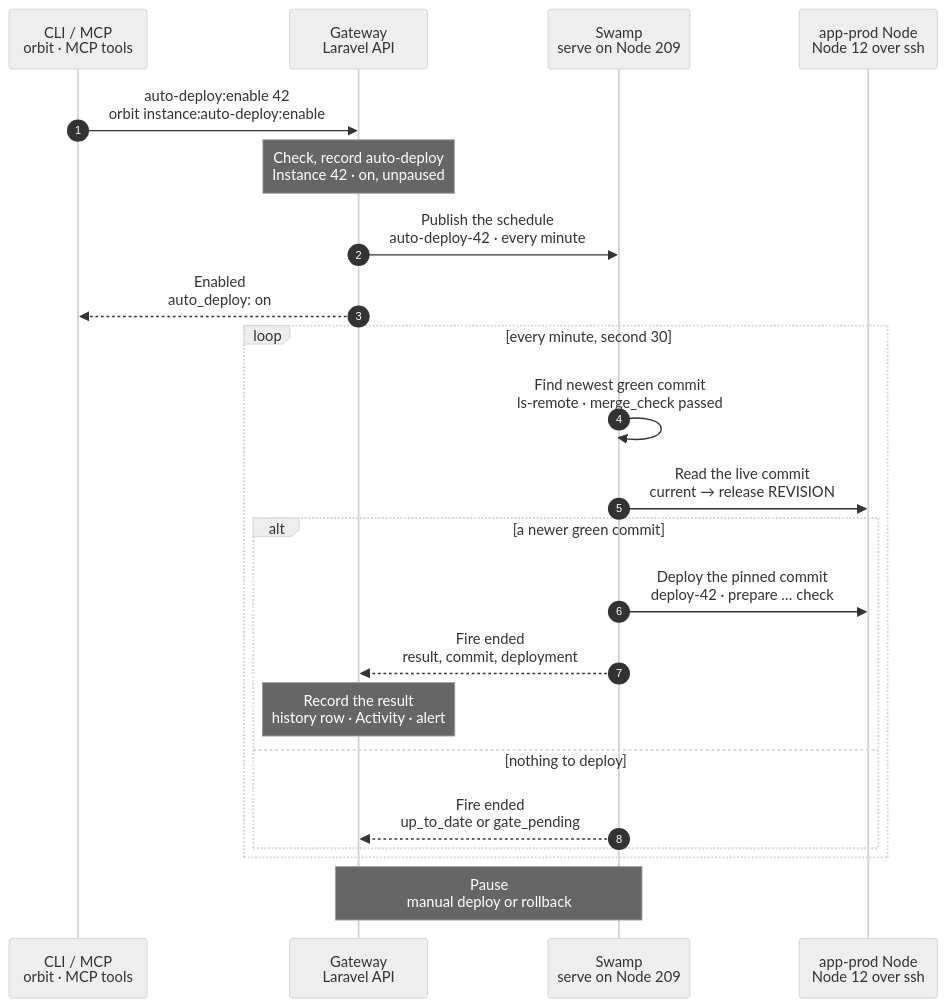
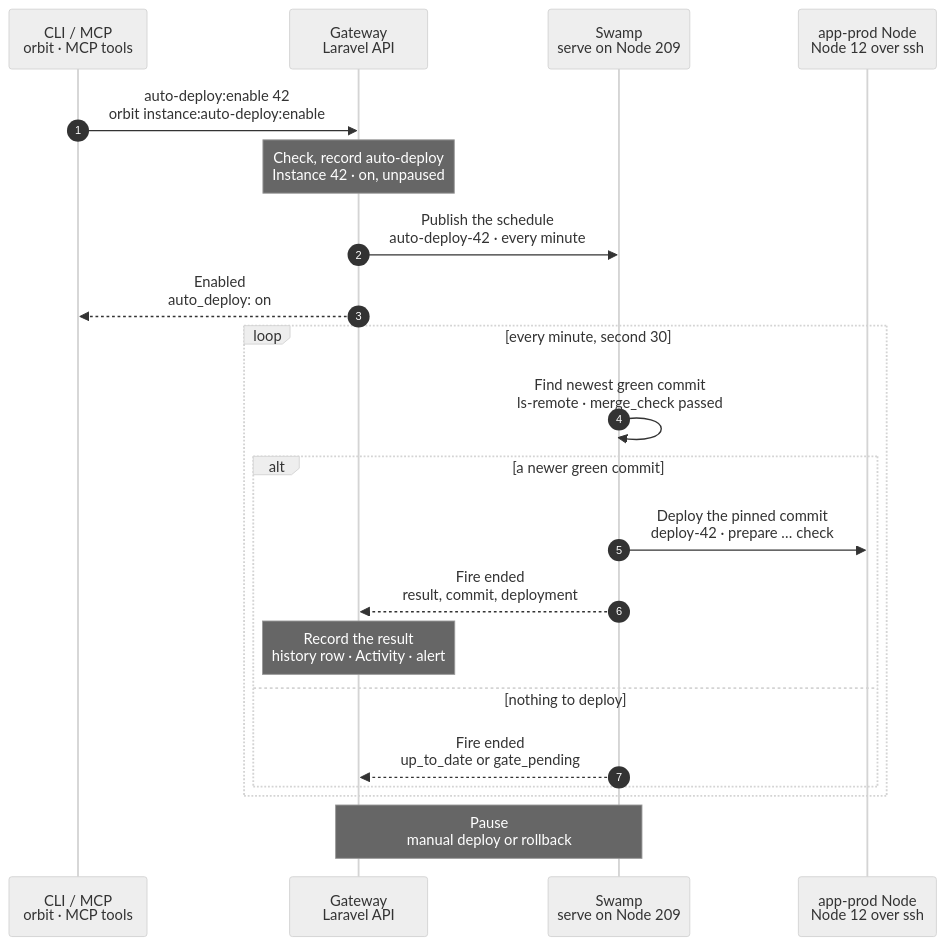
One commit to hardimpactdev/orbit changed the diagram in docs/cli/instance/auto-deploy.mmd. Above: the diagram before and after it, drawn with Mermaid (neutral theme). The commit also changed 1 other file, not shown here.

Commit message:
docs(cli): tighten2 charts without a wave (instance.auto_deploy, gateway.swamp_load)

```diff
--- a/docs/cli/instance/auto-deploy.mmd
+++ b/docs/cli/instance/auto-deploy.mmd
@@ -1,86 +1,86 @@
 sequenceDiagram
   %% Target design: DECISIONS 3 (automatic deploy = Gateway-published native schedule, no POST back), R1-R2, ADR 0244, behavior names by target. Replaces instance.policy_event. docs/reference/deployments.md#automatic-deployments.
+  %% Tightened: flow-tighten 2026-11-02, rules 3, 5 (no per-minute Node read: the schedule inputs carry the deployed commit, and the Gateway republishes them on each deploy).
   %% status: reviewed
   %% command: instance:auto-deploy:enable · Automatic deploys
   %% kind: instance.auto_deploy
   autonumber
   %% lane CLI icon=terminal pill=caller tone=gray
   %% lane GW icon=gateway pill=intent tone=blue
   %% lane SW icon=workflow pill=executes tone=green
   %% lane N icon=server pill=target tone=amber
   participant CLI as CLI / MCP<br/>orbit · MCP tools
   participant GW as Gateway<br/>Laravel API
   participant SW as Swamp<br/>serve on Node 209
   participant N as app-prod Node<br/>Node 12 over ssh
   CLI->>GW: auto-deploy:enable 42<br/>orbit instance:auto-deploy:enable
   %%> Command:
   %%> - `orbit instance:auto-deploy:enable 42`
   %%> - syntax: `<instance>`; `instance:auto-deploy:disable <instance>` turns it off
   %%> What it does:
   %%> - turns automatic deployment on for production Instance 42
   %%> - also resumes an Instance that a manual deploy or rollback paused
   %%> Not included:
   %%> - deploys nothing now and changes nothing on the Node
   %%> Typical use:
   %%> - a production Instance follows `main`: merge a PR, CI turns green, the next fire deploys it
   Note over GW: Check, record auto-deploy<br/>Instance 42 · on, unpaused
   %%> Requirements:
   %%> - your Node has an access grant to Node 12
   %%> - Instance 42 is an active production Instance and has one succeeded deployment
   %%> - when the Project has a `merge_check`, the GitHub App can read its check runs
   %%> Result:
   %%> - auto-deploy recorded as on and unpaused
   GW->>SW: Publish the schedule<br/>auto-deploy-42 · every minute
   %%> What it does:
   %%> - publishes one native Swamp schedule for Instance 42
   %%> Inputs:
   %%> - branch, `merge_check`, blocked commits, retry times
+  %%> - the deployed commit; the Gateway republishes the inputs after each deploy or rollback
   %%> - vault key names for the read token; the Gateway keeps the token fresh in the vault
   %%> Why:
   %%> - the run has everything it needs; it never calls the Gateway
   GW-->>CLI: Enabled<br/>auto_deploy: on
   %%> What you get:
   %%> - the Instance with auto-deploy on, at once
   %%> - no task: publishing the schedule is part of the command
   loop every minute, second 30
     SW->>SW: Find newest green commit<br/>ls-remote · merge_check passed
     %%> What it does:
     %%> - reads the branch head with `git ls-remote`
     %%> - walks first-parent history to the newest commit whose `merge_check` passed
     %%> - skips blocked commits and commits whose retry isn't due
     %%> Not included:
     %%> - never deploys a red or pending commit
-    SW->>N: Read the live commit<br/>current → release REVISION
-    %%> What it does:
-    %%> - reads which commit Instance 42 runs now, from the Node itself
+    %%> - compares with the deployed commit from the inputs; no SSH to the production Node each minute
     alt a newer green commit
       SW->>N: Deploy the pinned commit<br/>deploy-42 · prepare … check
       %%> What it does:
       %%> - the same steps as `instance:deploy`, pinned to the commit
       %%> - behavior `deploy-42`: one lock per Instance, so a manual deploy and a fire never overlap
       SW-->>GW: Fire ended<br/>result, commit, deployment
       %%> Returns:
       %%> - the result (`started`, `failed`, `gate_failed`, …), the commit and the deployment outputs
       Note over GW: Record the result<br/>history row · Activity · alert
       %%> Result:
       %%> - a deployment history row with origin `automatic`
       %%> - one Activity entry `auto_deploy.<result>` when the result changes
       %%> - a release alert for a failed deploy, a stalled commit or a pause
       %%> On failure:
       %%> - the commit is blocked, or gets a retry time (10, then 20 minutes)
       %%> - the Gateway republishes the schedule with the new inputs
     else nothing to deploy
       SW-->>GW: Fire ended<br/>up_to_date or gate_pending
       %%> Result:
       %%> - the Gateway updates the last result shown by `instance:show`
       %%> - no history row, no Activity entry
     end
   end
   Note over GW,SW: Pause<br/>manual deploy or rollback
   %%> What it does:
   %%> - a manual `instance:deploy` or `instance:rollback` pauses auto-deploy
   %%> - the Gateway removes the schedule's trigger; no fire runs
   %%> Resume:
   %%> - `orbit instance:auto-deploy:enable 42` publishes it again
   %%> Disable:
   %%> - `orbit instance:auto-deploy:disable 42` removes the schedule
```
